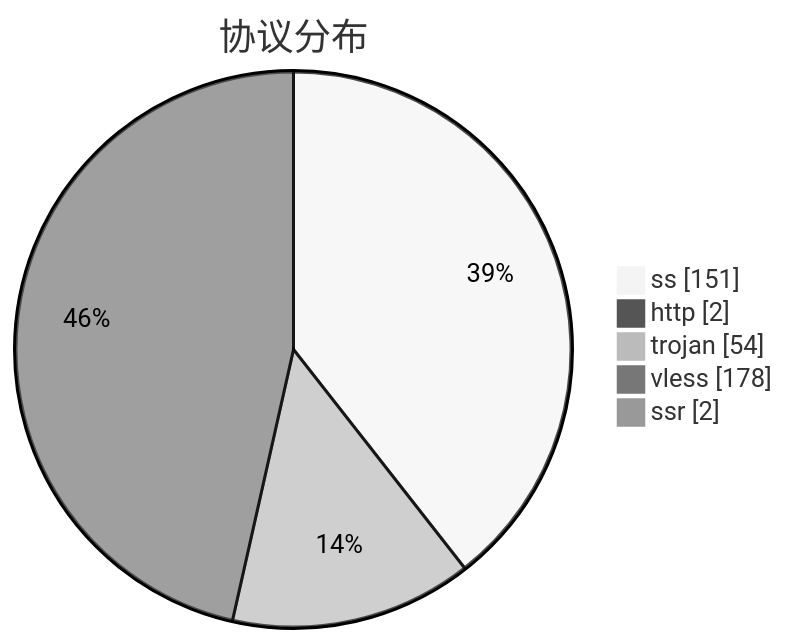
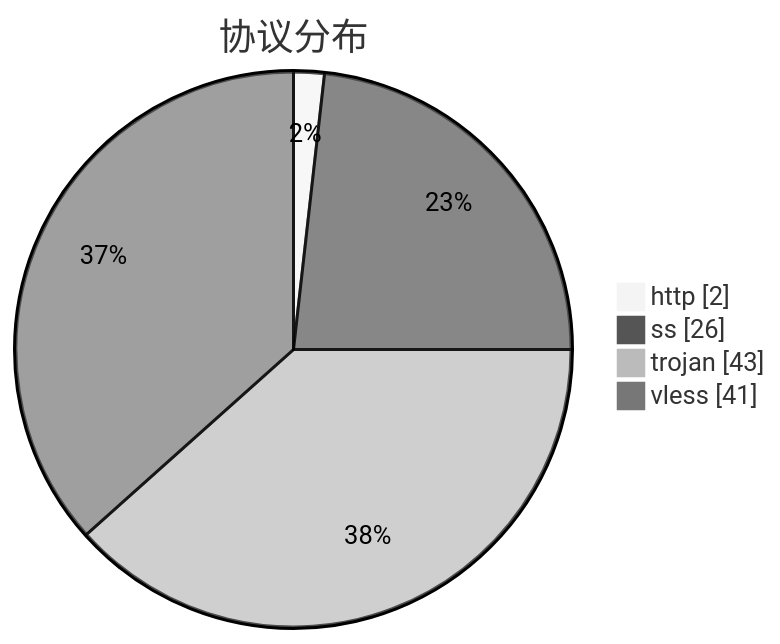
One commit to qjlxg/airport changed the third of 3 diagrams in subs/statistics/tested_within.md. Above: the diagram before and after it, drawn with Mermaid (neutral theme). The commit also changed other lines of this file and 2 other files, not shown here.

````diff
--- a/subs/statistics/tested_within.md
+++ b/subs/statistics/tested_within.md
@@ -19,9 +16,8 @@
 ```mermaid
 pie showData
 title 协议分布
-"ss" : 151
 "http" : 2
-"trojan" : 54
-"vless" : 178
-"ssr" : 2
+"ss" : 26
+"trojan" : 43
+"vless" : 41
 ```
````
